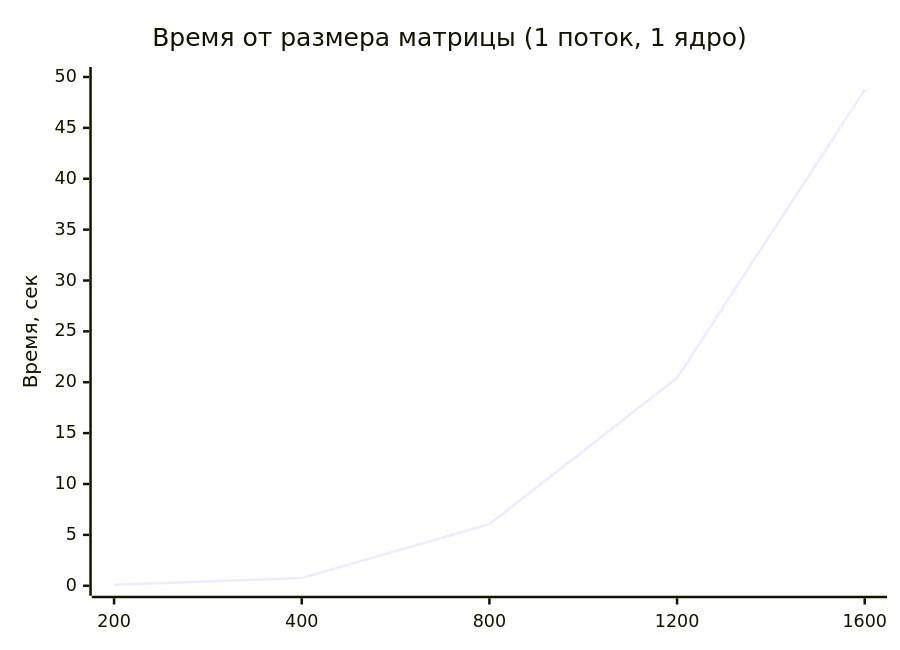
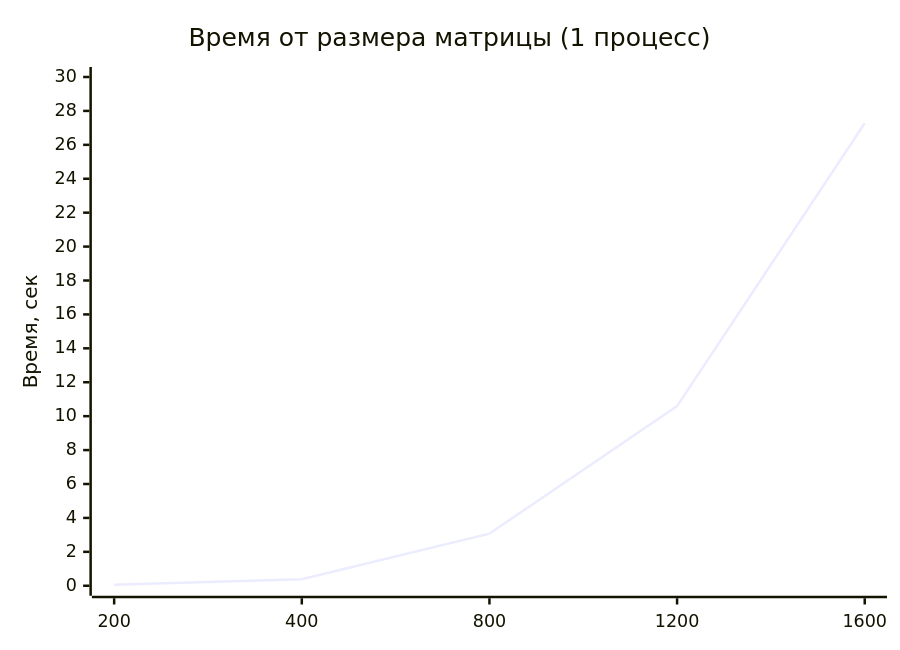
The fourth of 6 diagrams in README.md (sanek4338/Parallelnoe_Programming), drawn with Mermaid before and after one commit. The commit also changed other lines of this file and 2 other files, not shown here.

````diff
--- a/README.md
+++ b/README.md
@@ -186,7 +144,7 @@
 ```mermaid
 xychart-beta
-    title "Время от размера матрицы (1 поток, 1 ядро)"
+    title "Время от размера матрицы (1 процесс)"
     x-axis [200, 400, 800, 1200, 1600]
-    y-axis "Время, сек" 0 --> 50
-    line "Последовательно" [0.094636, 0.749005, 6.049118, 20.425722, 48.731702]
+    y-axis "Время, сек" 0 --> 30
+    line "1 процесс" [0.051636, 0.389792, 3.069811, 10.594333, 27.276575]
 ```
````
